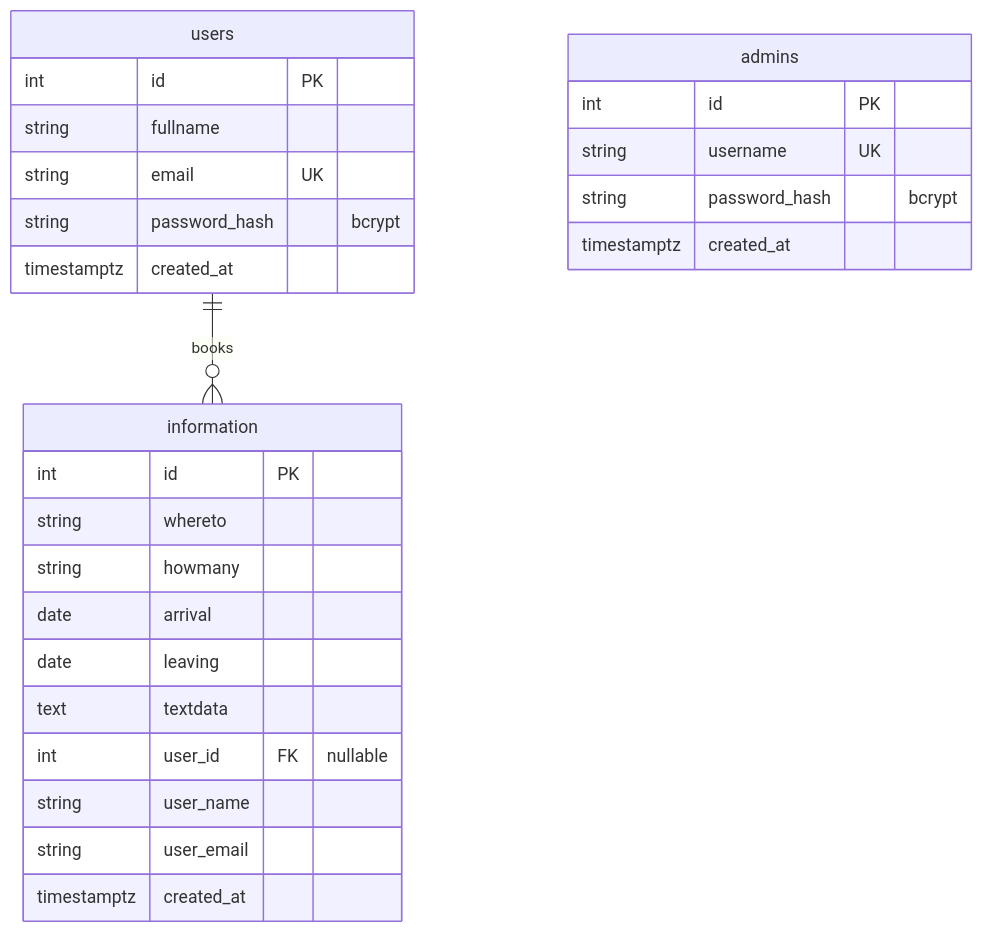
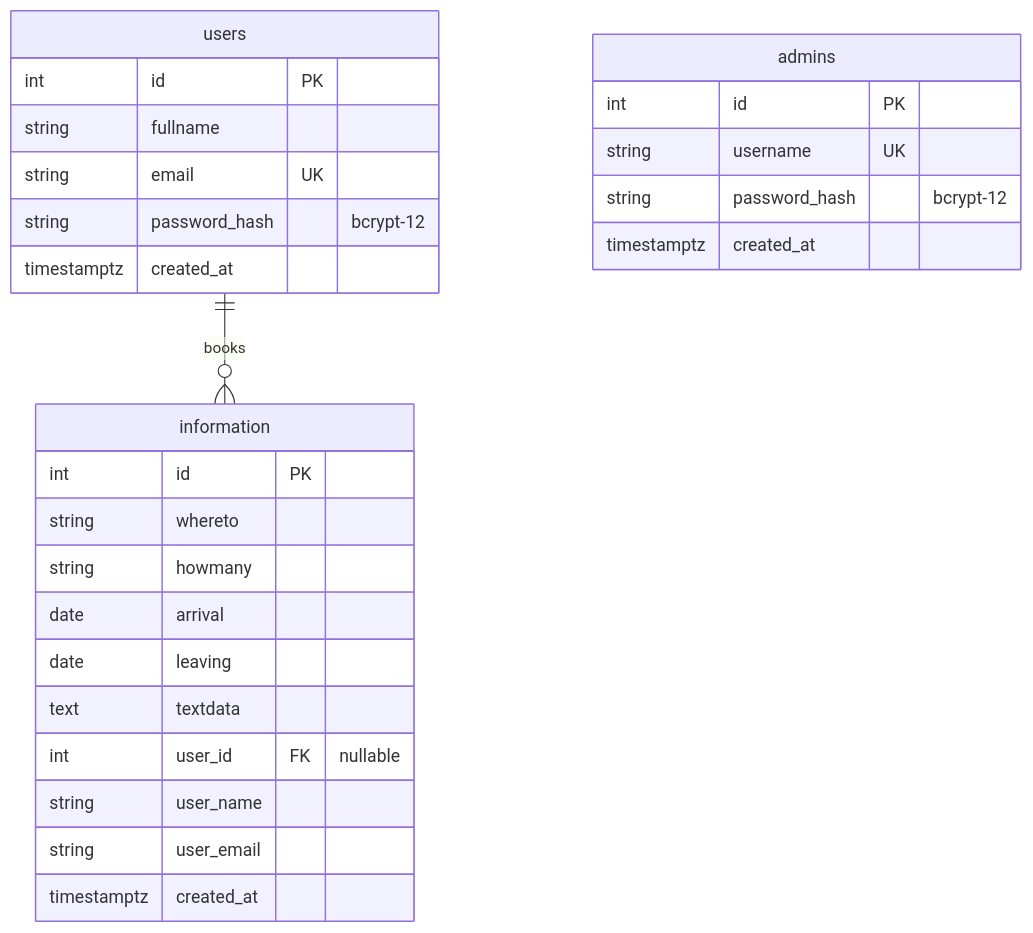
The third of 4 diagrams in README.md (mahfuj735/TourAndTravelTouch), drawn with Mermaid before and after one commit. The commit also changed other lines of this file and 1 other file, not shown here.

Commit message:
docs: premium README (hero, collapsibles, badges, FAQ, roadmap) + MIT LICENSE

````diff
--- a/README.md
+++ b/README.md
@@ -183,29 +246,29 @@
 ```mermaid
 erDiagram
     users {
         int id PK
         string fullname
         string email UK
-        string password_hash "bcrypt"
+        string password_hash "bcrypt-12"
         timestamptz created_at
     }
     information {
         int id PK
         string whereto
         string howmany
         date arrival
         date leaving
         text textdata
         int user_id FK "nullable"
         string user_name
         string user_email
         timestamptz created_at
     }
     admins {
         int id PK
         string username UK
-        string password_hash "bcrypt"
+        string password_hash "bcrypt-12"
         timestamptz created_at
     }
-    users ||--o{ information : "books"
+    users ||--o{ information : books
 ```
````
